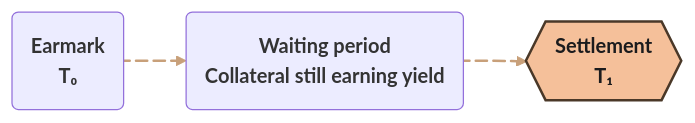
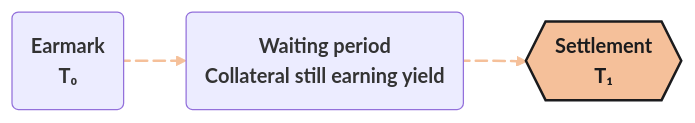
One commit to alchemix-finance/alchemix-v3-docs changed the third of 3 diagrams in docs/user/concepts/redemption-rate.md. Above: the diagram before and after it, drawn with Mermaid. The commit also changed other lines of this file and 18 other files, not shown here.

````diff
--- a/docs/user/concepts/redemption-rate.md
+++ b/docs/user/concepts/redemption-rate.md
@@ -145,25 +145,25 @@
 ```mermaid
 %%{init: {
   ‘theme’: ‘base’,
   ‘themeVariables’: {
     ‘fontFamily’: ‘Montserrat’,
     ‘primaryColor’: ‘#141618’,
-    ‘primaryBorderColor’: ‘#4a3828’,
-    ‘primaryTextColor’: ‘#e8ddd4’,
-    ‘lineColor’: ‘#c8a07a’,
+    ‘primaryBorderColor’: ‘rgba(245,192,154,0.25)’,
+    ‘primaryTextColor’: ‘#e8e8ea’,
+    ‘lineColor’: ‘#f5c09a’,
     ‘edgeLabelBackground’: ‘#0d0e10’,
     ‘tertiaryColor’: ‘#141618’,
     ‘fontSize’: ‘18px’
   },
   ‘flowchart’: { ‘curve’: ‘monotoneX’, ‘nodeSpacing’: 100, ‘rankSpacing’: 80 }
 }}%%
 flowchart LR
     classDef default font-weight:bold;
 
-    A(Earmark<br/><b>T₀</b>) e1@--> B(Waiting period<br/><span style=’color:#9a8878’>Collateral still earning yield</span>) e2@--> C{{Settlement<br/><b>T₁</b>}}
+    A(Earmark<br/><b>T₀</b>) e1@--> B(Waiting period<br/><span style=’color:#8a8f99’>Collateral still earning yield</span>) e2@--> C{{Settlement<br/><b>T₁</b>}}
 
-    style C fill:#f5c09a,stroke:#4a3828,stroke-width:2px,color:#1b1b1d
-    linkStyle 0,1 stroke:#c8a07a,stroke-width:2px
+    style C fill:#f5c09a,stroke:#1b1b1d,stroke-width:2px,color:#1b1b1d
+    linkStyle 0,1 stroke:#f5c09a,stroke-width:2px
     e1@{ animation: slow }
     e2@{ animation: fast }
 ```
````
